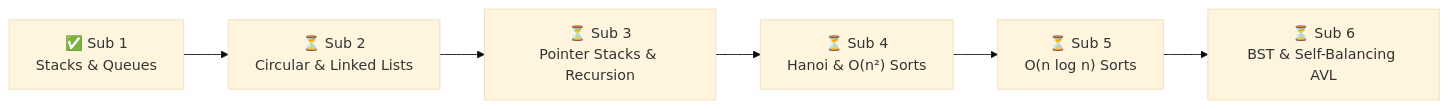
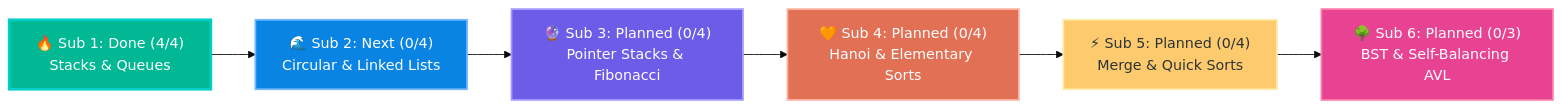
Before and after one commit to bihanduvindiv/DSA: the first of 5 diagrams in README.md, drawn with Mermaid (base theme). The commit also changed other lines of this file, not shown here.

````diff
--- a/README.md
+++ b/README.md
@@ -28,8 +18,15 @@
 ```mermaid
 flowchart LR
-    S1["✅ Sub 1\nStacks & Queues"] --> S2["⏳ Sub 2\nCircular & Linked Lists"]
-    S2 --> S3["⏳ Sub 3\nPointer Stacks & Recursion"]
-    S3 --> S4["⏳ Sub 4\nHanoi & O(n²) Sorts"]
-    S4 --> S5["⏳ Sub 5\nO(n log n) Sorts"]
-    S5 --> S6["⏳ Sub 6\nBST & Self-Balancing AVL"]
+    S1["🔥 Sub 1: Done (4/4)\nStacks & Queues"] --> S2["🌊 Sub 2: Next (0/4)\nCircular & Linked Lists"]
+    S2 --> S3["🔮 Sub 3: Planned (0/4)\nPointer Stacks & Fibonacci"]
+    S3 --> S4["🧡 Sub 4: Planned (0/4)\nHanoi & Elementary Sorts"]
+    S4 --> S5["⚡ Sub 5: Planned (0/4)\nMerge & Quick Sorts"]
+    S5 --> S6["🌳 Sub 6: Planned (0/3)\nBST & Self-Balancing AVL"]
+
+    style S1 fill:#00b894,stroke:#00cec9,stroke-width:3px,color:#ffffff
+    style S2 fill:#0984e3,stroke:#74b9ff,stroke-width:2px,color:#ffffff
+    style S3 fill:#6c5ce7,stroke:#a29bfe,stroke-width:2px,color:#ffffff
+    style S4 fill:#e17055,stroke:#fab1a0,stroke-width:2px,color:#ffffff
+    style S5 fill:#fdcb6e,stroke:#ffeaa7,stroke-width:2px,color:#2d3436
+    style S6 fill:#e84393,stroke:#fd79a8,stroke-width:2px,color:#ffffff
 ```
````
